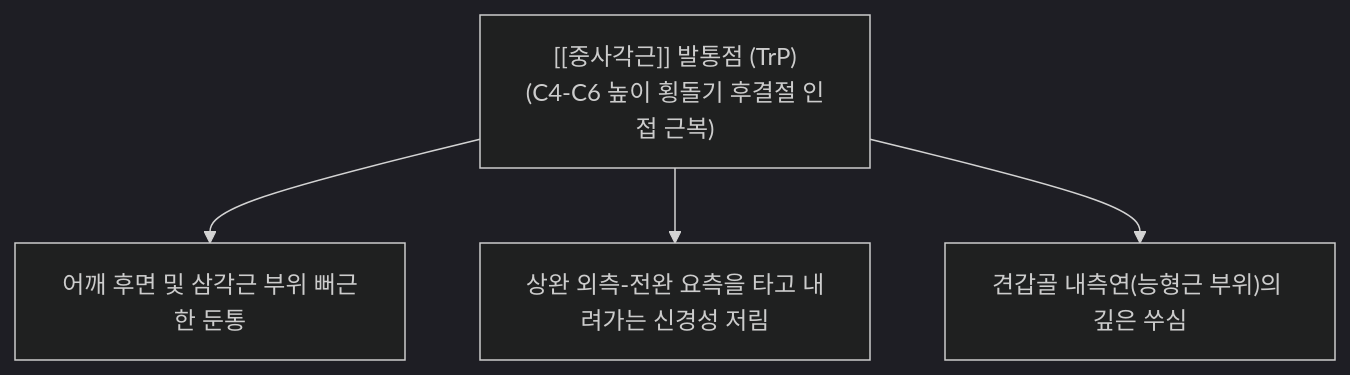
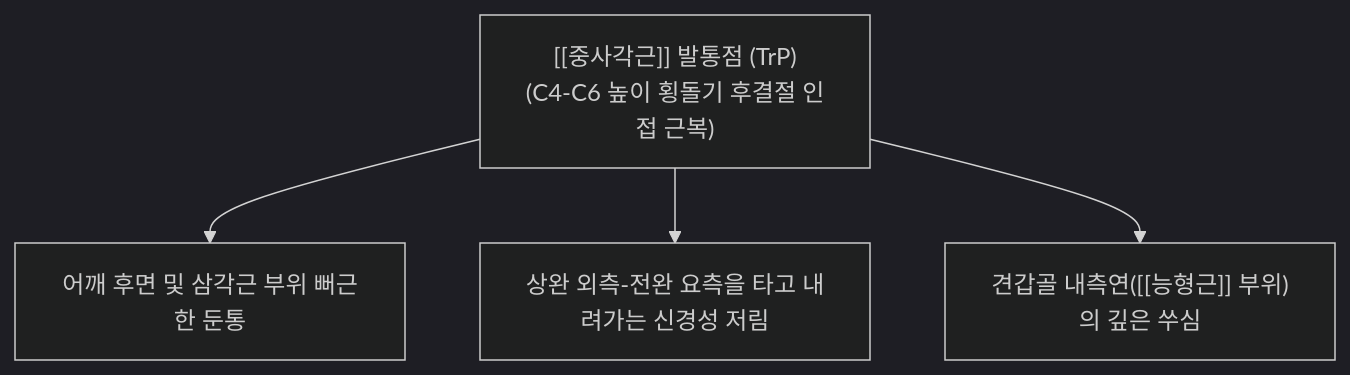
The third of 3 diagrams in content/1. 근골격계 공부/근육/(2) 경부/중사각근.md (simbio11/simbio-digital-garden2), drawn with Mermaid (dark theme) before and after one commit. The commit also changed other lines of this file and 150 other files, not shown here.

````diff
--- a/content/1. 근골격계 공부/근육/(2) 경부/중사각근.md
+++ b/content/1. 근골격계 공부/근육/(2) 경부/중사각근.md
@@ -72,6 +85,6 @@
 ```mermaid
 graph TD
     TP_Medius["[[중사각근]] 발통점 (TrP)<br>(C4-C6 높이 횡돌기 후결절 인접 근복)"] --> Zone_Shoulder["어깨 후면 및 삼각근 부위 뻐근한 둔통"]
     TP_Medius --> Zone_Arm["상완 외측-전완 요측을 타고 내려가는 신경성 저림"]
-    TP_Medius --> Zone_Scapula["견갑골 내측연(능형근 부위)의 깊은 쑤심"]
+    TP_Medius --> Zone_Scapula["견갑골 내측연([[능형근]] 부위)의 깊은 쑤심"]
 ```
````
